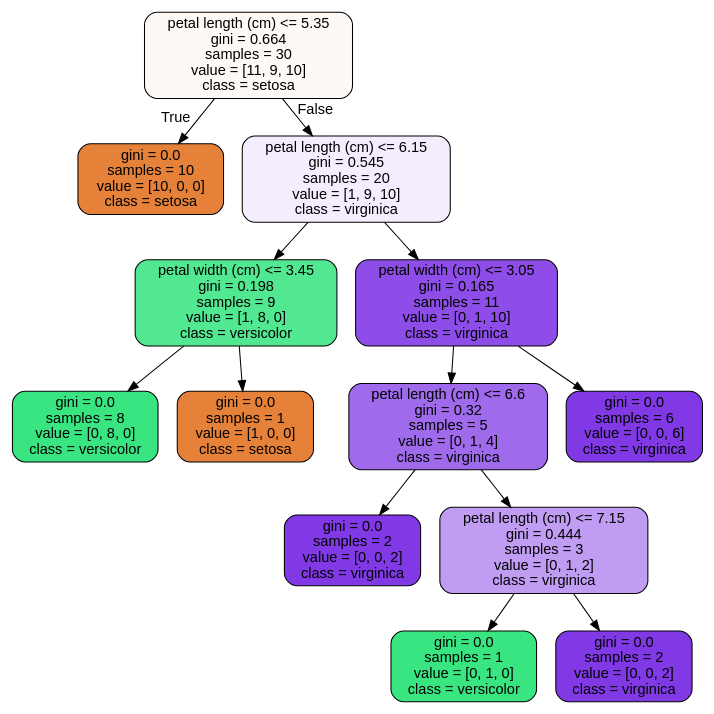
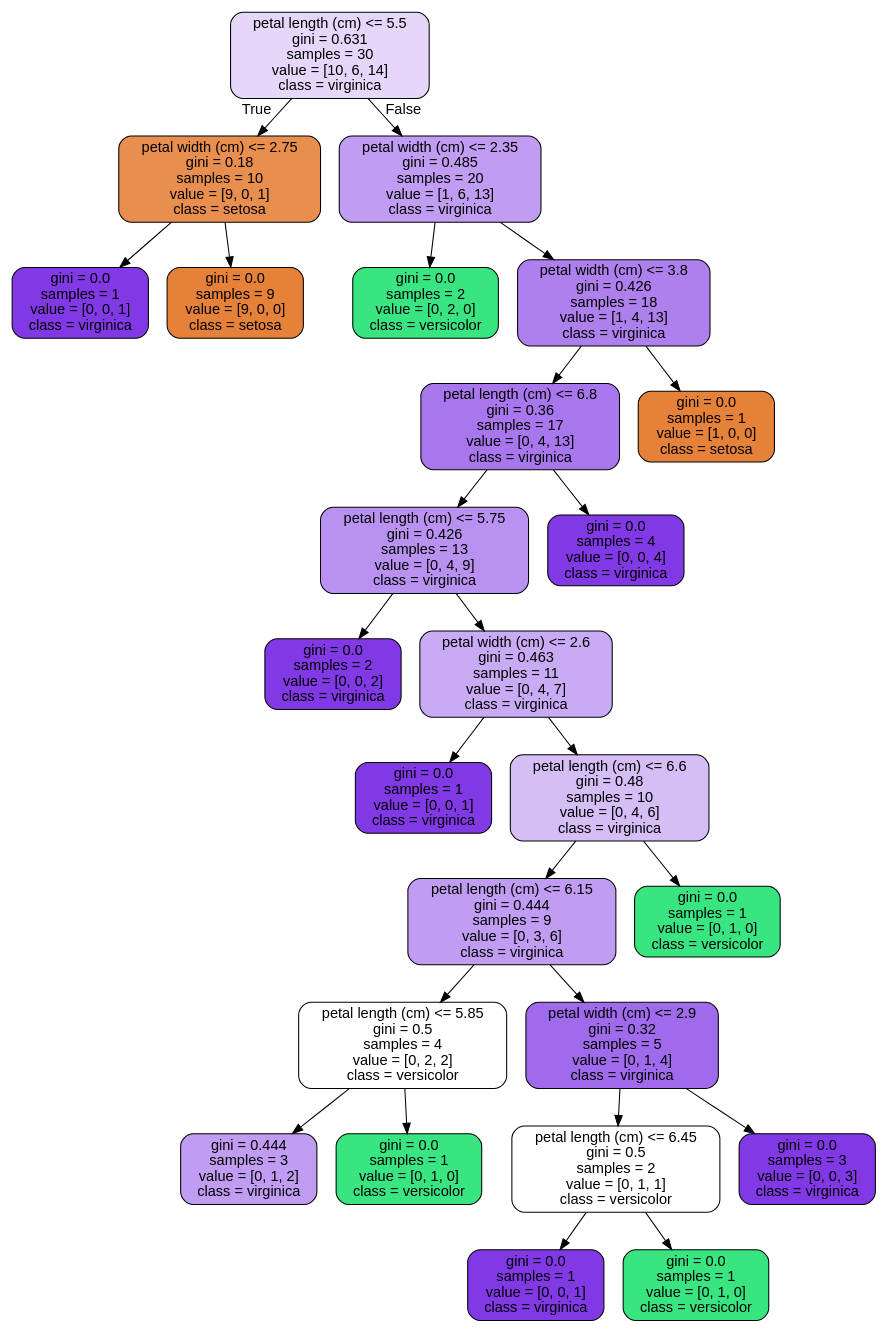
One commit to JoseDeJesusMendozaBecerril/Practica4_MineriaDeDatos changed the diagram in images/decision_trees/iris_tree_test.dot. Above: the diagram before and after it, drawn with Graphviz. The commit also changed 8 other files, not shown here.

```diff
--- a/images/decision_trees/iris_tree_test.dot
+++ b/images/decision_trees/iris_tree_test.dot
@@ -1,29 +1,53 @@
 digraph Tree {
 node [shape=box, style="filled, rounded", color="black", fontname=helvetica] ;
 edge [fontname=helvetica] ;
-0 [label="petal length (cm) <= 5.35\ngini = 0.664\nsamples = 30\nvalue = [11, 9, 10]\nclass = setosa", fillcolor="#fef9f5"] ;
-1 [label="gini = 0.0\nsamples = 10\nvalue = [10, 0, 0]\nclass = setosa", fillcolor="#e58139"] ;
+0 [label="petal length (cm) <= 5.5\ngini = 0.631\nsamples = 30\nvalue = [10, 6, 14]\nclass = virginica", fillcolor="#e6d7fa"] ;
+1 [label="petal width (cm) <= 2.75\ngini = 0.18\nsamples = 10\nvalue = [9, 0, 1]\nclass = setosa", fillcolor="#e88f4f"] ;
 0 -> 1 [labeldistance=2.5, labelangle=45, headlabel="True"] ;
-2 [label="petal length (cm) <= 6.15\ngini = 0.545\nsamples = 20\nvalue = [1, 9, 10]\nclass = virginica", fillcolor="#f4edfd"] ;
-0 -> 2 [labeldistance=2.5, labelangle=-45, headlabel="False"] ;
-3 [label="petal width (cm) <= 3.45\ngini = 0.198\nsamples = 9\nvalue = [1, 8, 0]\nclass = versicolor", fillcolor="#52e891"] ;
-2 -> 3 ;
-4 [label="gini = 0.0\nsamples = 8\nvalue = [0, 8, 0]\nclass = versicolor", fillcolor="#39e581"] ;
-3 -> 4 ;
-5 [label="gini = 0.0\nsamples = 1\nvalue = [1, 0, 0]\nclass = setosa", fillcolor="#e58139"] ;
-3 -> 5 ;
-6 [label="petal width (cm) <= 3.05\ngini = 0.165\nsamples = 11\nvalue = [0, 1, 10]\nclass = virginica", fillcolor="#8e4de8"] ;
-2 -> 6 ;
-7 [label="petal length (cm) <= 6.6\ngini = 0.32\nsamples = 5\nvalue = [0, 1, 4]\nclass = virginica", fillcolor="#a06aec"] ;
+2 [label="gini = 0.0\nsamples = 1\nvalue = [0, 0, 1]\nclass = virginica", fillcolor="#8139e5"] ;
+1 -> 2 ;
+3 [label="gini = 0.0\nsamples = 9\nvalue = [9, 0, 0]\nclass = setosa", fillcolor="#e58139"] ;
+1 -> 3 ;
+4 [label="petal width (cm) <= 2.35\ngini = 0.485\nsamples = 20\nvalue = [1, 6, 13]\nclass = virginica", fillcolor="#c09cf2"] ;
+0 -> 4 [labeldistance=2.5, labelangle=-45, headlabel="False"] ;
+5 [label="gini = 0.0\nsamples = 2\nvalue = [0, 2, 0]\nclass = versicolor", fillcolor="#39e581"] ;
+4 -> 5 ;
+6 [label="petal width (cm) <= 3.8\ngini = 0.426\nsamples = 18\nvalue = [1, 4, 13]\nclass = virginica", fillcolor="#ae80ee"] ;
+4 -> 6 ;
+7 [label="petal length (cm) <= 6.8\ngini = 0.36\nsamples = 17\nvalue = [0, 4, 13]\nclass = virginica", fillcolor="#a876ed"] ;
 6 -> 7 ;
-8 [label="gini = 0.0\nsamples = 2\nvalue = [0, 0, 2]\nclass = virginica", fillcolor="#8139e5"] ;
+8 [label="petal length (cm) <= 5.75\ngini = 0.426\nsamples = 13\nvalue = [0, 4, 9]\nclass = virginica", fillcolor="#b991f1"] ;
 7 -> 8 ;
-9 [label="petal length (cm) <= 7.15\ngini = 0.444\nsamples = 3\nvalue = [0, 1, 2]\nclass = virginica", fillcolor="#c09cf2"] ;
-7 -> 9 ;
-10 [label="gini = 0.0\nsamples = 1\nvalue = [0, 1, 0]\nclass = versicolor", fillcolor="#39e581"] ;
-9 -> 10 ;
-11 [label="gini = 0.0\nsamples = 2\nvalue = [0, 0, 2]\nclass = virginica", fillcolor="#8139e5"] ;
-9 -> 11 ;
-12 [label="gini = 0.0\nsamples = 6\nvalue = [0, 0, 6]\nclass = virginica", fillcolor="#8139e5"] ;
-6 -> 12 ;
+9 [label="gini = 0.0\nsamples = 2\nvalue = [0, 0, 2]\nclass = virginica", fillcolor="#8139e5"] ;
+8 -> 9 ;
+10 [label="petal width (cm) <= 2.6\ngini = 0.463\nsamples = 11\nvalue = [0, 4, 7]\nclass = virginica", fillcolor="#c9aaf4"] ;
+8 -> 10 ;
+11 [label="gini = 0.0\nsamples = 1\nvalue = [0, 0, 1]\nclass = virginica", fillcolor="#8139e5"] ;
+10 -> 11 ;
+12 [label="petal length (cm) <= 6.6\ngini = 0.48\nsamples = 10\nvalue = [0, 4, 6]\nclass = virginica", fillcolor="#d5bdf6"] ;
+10 -> 12 ;
+13 [label="petal length (cm) <= 6.15\ngini = 0.444\nsamples = 9\nvalue = [0, 3, 6]\nclass = virginica", fillcolor="#c09cf2"] ;
+12 -> 13 ;
+14 [label="petal length (cm) <= 5.85\ngini = 0.5\nsamples = 4\nvalue = [0, 2, 2]\nclass = versicolor", fillcolor="#ffffff"] ;
+13 -> 14 ;
+15 [label="gini = 0.444\nsamples = 3\nvalue = [0, 1, 2]\nclass = virginica", fillcolor="#c09cf2"] ;
+14 -> 15 ;
+16 [label="gini = 0.0\nsamples = 1\nvalue = [0, 1, 0]\nclass = versicolor", fillcolor="#39e581"] ;
+14 -> 16 ;
+17 [label="petal width (cm) <= 2.9\ngini = 0.32\nsamples = 5\nvalue = [0, 1, 4]\nclass = virginica", fillcolor="#a06aec"] ;
+13 -> 17 ;
+18 [label="petal length (cm) <= 6.45\ngini = 0.5\nsamples = 2\nvalue = [0, 1, 1]\nclass = versicolor", fillcolor="#ffffff"] ;
+17 -> 18 ;
+19 [label="gini = 0.0\nsamples = 1\nvalue = [0, 0, 1]\nclass = virginica", fillcolor="#8139e5"] ;
+18 -> 19 ;
+20 [label="gini = 0.0\nsamples = 1\nvalue = [0, 1, 0]\nclass = versicolor", fillcolor="#39e581"] ;
+18 -> 20 ;
+21 [label="gini = 0.0\nsamples = 3\nvalue = [0, 0, 3]\nclass = virginica", fillcolor="#8139e5"] ;
+17 -> 21 ;
+22 [label="gini = 0.0\nsamples = 1\nvalue = [0, 1, 0]\nclass = versicolor", fillcolor="#39e581"] ;
+12 -> 22 ;
+23 [label="gini = 0.0\nsamples = 4\nvalue = [0, 0, 4]\nclass = virginica", fillcolor="#8139e5"] ;
+7 -> 23 ;
+24 [label="gini = 0.0\nsamples = 1\nvalue = [1, 0, 0]\nclass = setosa", fillcolor="#e58139"] ;
+6 -> 24 ;
 }
```
